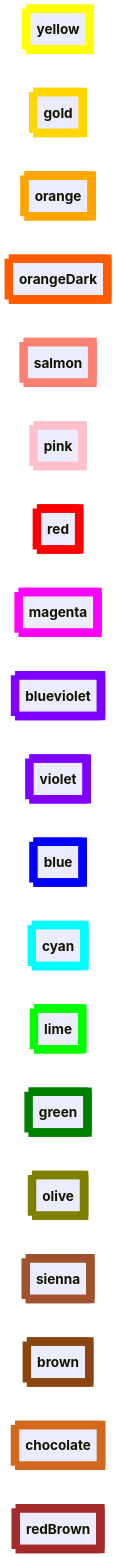
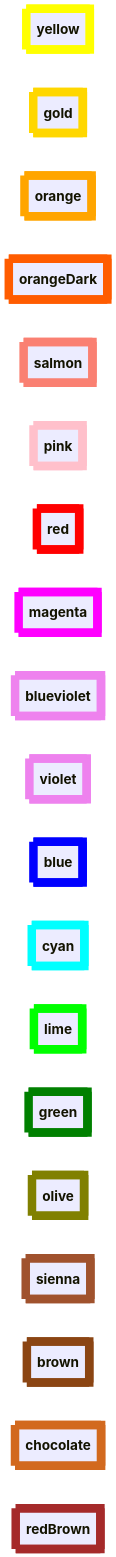
Before and after one commit to Ee-Cs/Ee-Cs.github.io: the second of 2 diagrams in files/fill-and-stroke-colors.md, drawn with Mermaid.

````diff
--- a/files/fill-and-stroke-colors.md
+++ b/files/fill-and-stroke-colors.md
@@ -33,48 +33,48 @@
 ```mermaid
 ---
   config:
     class:
       hideEmptyMembersBox: true
 ---
 classDiagram
     direction LR
     class yellow:::yellow { }
     class gold:::gold { }
     class orange:::orange { }
     class orangeDark:::orangeDark { }
     class salmon:::salmon { }
     class pink:::pink { }
     class red:::red { }
     class magenta:::magenta { }
     class blueviolet:::blueviolet { }
     class violet:::violet { }
     class blue:::blue { }
     class cyan:::cyan { }
     class lime:::lime { }
     class green:::green { }
     class olive:::olive { }
     class sienna:::sienna { }
     class brown:::brown { }
     class chocolate:::chocolate { }
     class redBrown:::redBrown { }
 %% Styles
     classDef brown stroke:saddlebrown,stroke-width:10px
     classDef blue stroke:blue,stroke-width:10px
     classDef blueviolet stroke:blueviolet,stroke-width:10px
     classDef chocolate stroke:chocolate,stroke-width:10px
     classDef cyan stroke:cyan,stroke-width:10px
     classDef gold stroke:gold,stroke-width:10px
     classDef green stroke:green,stroke-width:10px
     classDef lime stroke:lime,stroke-width:10px
     classDef magenta stroke:magenta,stroke-width:10px
     classDef olive stroke:olive,stroke-width:10px
     classDef orange stroke:orange,stroke-width:10px
     classDef orangeDark stroke:#FF5C00,stroke-width:10px
     classDef pink stroke:pink,stroke-width:10px
     classDef red stroke:red,stroke-width:10px
     classDef redBrown stroke:brown,stroke-width:10px
     classDef salmon stroke:salmon,stroke-width:10px
     classDef sienna stroke:sienna,stroke-width:10px
-    classDef violet stroke:#7F00FF,stroke-width:10px
+    classDef violet stroke:violet,stroke-width:10px
     classDef yellow stroke:yellow,stroke-width:10px
 ```
````
